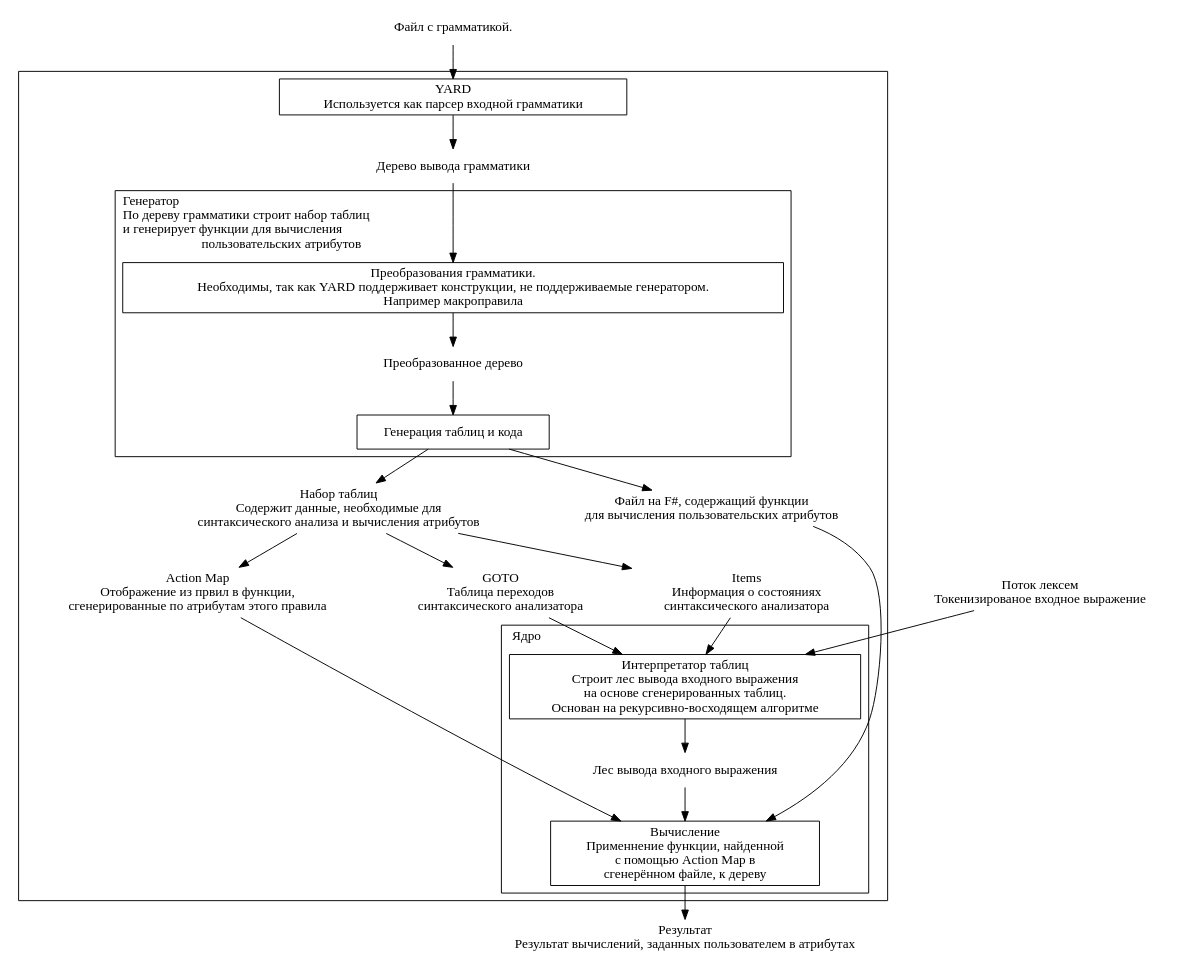
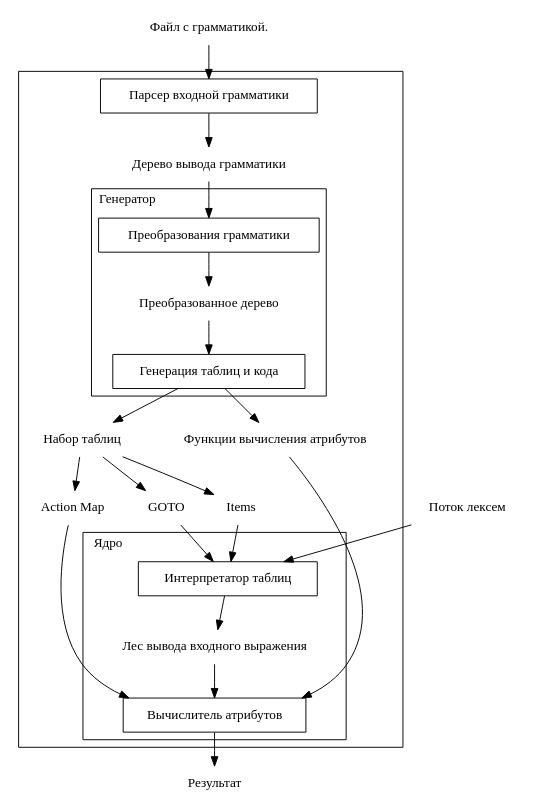
Before and after one commit to YaccConstructor/YaccConstructor: the diagram in Docs/Reports/SemenGrigorev/Diploma/sources_new/DOT/general_tool_structure.dot, drawn with Graphviz. The commit also changed 6 other files, not shown here.

Commit message:
Report changed. Tool structure diagram changed(node's comment to description)

```diff
--- a/Docs/Reports/SemenGrigorev/Diploma/sources_new/DOT/general_tool_structure.dot
+++ b/Docs/Reports/SemenGrigorev/Diploma/sources_new/DOT/general_tool_structure.dot
@@ -1,94 +1,94 @@
 digraph general_structure
 {
 	SOURCE_GRAMMAR [shape = plaintext, label = "Файл с грамматикой."]
 	
-	LEXEMES_SREAM [shape = plaintext, label = "Поток лексем \n Токенизированое входное выражение"]
+	LEXEMES_SREAM [shape = plaintext, label = "Поток лексем"]
 	
-	RESULT [shape = plaintext, label = "Результат \n Результат вычислений, заданных пользователем в атрибутах"]
+	RESULT [shape = plaintext, label = "Результат"]
 	
 	subgraph cluster_TOOL
 	{
 	  
 	   
-	   YARD [shape = box, label = "YARD \n Используется как парсер входной грамматики"]
+	   YARD [shape = box, label = "Парсер входной грамматики"]
 	   
 	   IL [shape = plaintext, label = "Дерево вывода грамматики"]	   	  
 	   
-	   TABLES [shape = plaintext, label = "Набор таблиц \n Содержит данные, необходимые для \n синтаксического анализа и вычисления атрибутов"]
+	   TABLES [shape = plaintext, label = "Набор таблиц"]
 	   
-	   T_GOTO [shape = plaintext, label = "GOTO \n Таблица переходов \n синтаксического анализатора"]
-	   T_ITEMS [shape = plaintext, label = "Items \n Информация о состояниях \n синтаксического анализатора"]
-	   T_ACTION_MAP [shape = plaintext, label = "Action Map \n Отображение из првил в функции, \n сгенерированные по атрибутам этого правила"]
+	   T_GOTO [shape = plaintext, label = "GOTO "]
+	   T_ITEMS [shape = plaintext, label = "Items"]
+	   T_ACTION_MAP [shape = plaintext, label = "Action Map"]
 	   
-	   SOURCE_CODE [shape = plaintext, label = "Файл на F#, содержащий функции \n для вычисления пользовательских атрибутов"]        	  
+	   SOURCE_CODE [shape = plaintext, label = "Функции вычисления атрибутов"]        	  
 	   
 	   {rank = "same"; TABLES SOURCE_CODE };
 	   {rank = "same"; T_GOTO T_ITEMS T_ACTION_MAP};
 	   
 	   subgraph cluster_GENERATOR
 	   {   	
 			labeljust=l
-			label = "Генератор \l По дереву грамматики строит набор таблиц \l и генерирует функции для вычисления \l пользовательских атрибутов"
+			label = "Генератор \l"
 			
 			
-			TRANSFORMATIONS[shape = box, label = "Преобразования грамматики. \n Необходимы, так как YARD поддерживает конструкции, не поддерживаемые генератором. \n Например макроправила"]
+			TRANSFORMATIONS[shape = box, label = "Преобразования грамматики"]
 			
 			TRANSFORMED_GRAMMAR[shape = plaintext, label = "Преобразованное дерево"]
 			
 			GENERATOR[shape = box, label = "Генерация таблиц и кода"]
 			
 			TRANSFORMATIONS -> TRANSFORMED_GRAMMAR
 			TRANSFORMED_GRAMMAR -> GENERATOR
 	   }
 	   
 	   
 	   subgraph cluster_CORE
 	   {
 			label = "Ядро"
 			labeljust=l
 			
-			TABLE_INTERPRETATOR [shape = box, label = "Интерпретатор таблиц \n Строит лес вывода входного выражения \n на основе сгенерированных таблиц. \n Основан на рекурсивно-восходящем алгоритме"]			
+			TABLE_INTERPRETATOR [shape = box, label = "Интерпретатор таблиц "]			
 			
 			DIRIV_FOREST [shape = plaintext, label = "Лес вывода входного выражения"]
 			
 			/*subgraph cluster_AST_INTERPRETATOR
 			{
 				label = "Интерпертатор леса вывода \n Вычисляет атрибуты над лесом вывода"
 				TREE_WALKER[shape = box, label ="Обход дерева вывода"]
 				NODES[shape = plaintext, label = "Список сыновей узла дерева вывода"]
 				STRING_TO_TREE_CONVERTER[shape = box, label ="Свёртка списка в дерево"]
 				RE_TREE[shape = plaintext, label = "Дерево вывода строки в грамматике, \n заданной регулярным выражением \n в правой части правила"]
 				CALCULATOR[shape = box, label ="Вычисление \n Применнение функции, найденной \n с помощью Action Map в \n сгенерённом файле, к дереву"]
 				
 				TREE_WALKER -> NODES
 				NODES -> STRING_TO_TREE_CONVERTER
 				STRING_TO_TREE_CONVERTER -> RE_TREE
 				RE_TREE -> CALCULATOR
 				
 			}
 			*/
 			
-			CALCULATOR[shape = box, label ="Вычисление \n Применнение функции, найденной \n с помощью Action Map в \n сгенерённом файле, к дереву"]
+			CALCULATOR[shape = box, label ="Вычислитель атрибутов"]
 			
 			TABLE_INTERPRETATOR -> DIRIV_FOREST		
 			//DIRIV_FOREST -> TREE_WALKER
 			DIRIV_FOREST -> CALCULATOR
 	   }
 	   	   
 	   YARD -> IL
 	   IL -> TRANSFORMATIONS      
 	   GENERATOR -> TABLES
 	   GENERATOR -> SOURCE_CODE   	   
 	   TABLES -> T_GOTO
 	   TABLES -> T_ITEMS
 	   TABLES -> T_ACTION_MAP
 	   T_GOTO -> TABLE_INTERPRETATOR
 	   T_ITEMS -> TABLE_INTERPRETATOR   
 	   SOURCE_CODE -> CALCULATOR
 	   T_ACTION_MAP -> CALCULATOR	   
    }
    
    SOURCE_GRAMMAR -> YARD
    LEXEMES_SREAM -> TABLE_INTERPRETATOR
    CALCULATOR -> RESULT
 }
```
